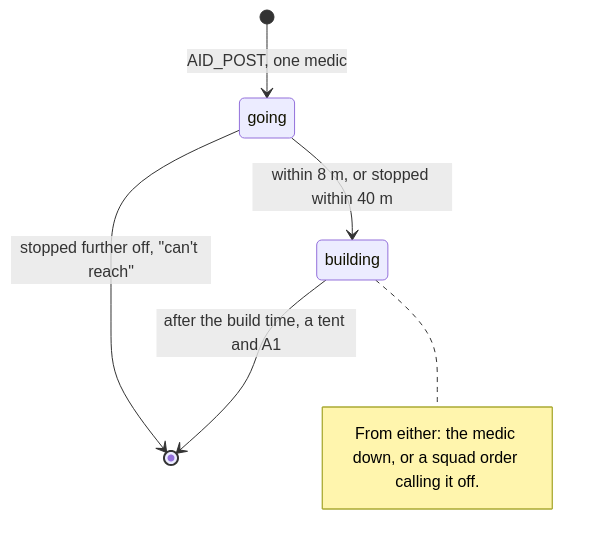
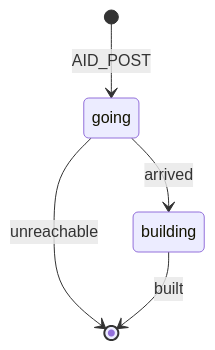
One commit to Neefay/arma3-llm-harness changed the sixth of 23 diagrams in docs/COMMANDER_MODEL.md. Above: the diagram before and after it, drawn with Mermaid. The commit also changed other lines of this file and 1 other file, not shown here.

````diff
--- a/docs/COMMANDER_MODEL.md
+++ b/docs/COMMANDER_MODEL.md
@@ -702,12 +336,9 @@
 ```mermaid
 stateDiagram-v2
   state "going" as going
   state "building" as building
-  [*] --> going: AID_POST, one medic
-  going --> building: within 8 m, or stopped within 40 m
-  going --> [*]: stopped further off, "can't reach"
-  building --> [*]: after the build time, a tent and A1
-  note right of building
-    From either: the medic down, or a squad order calling it off.
-  end note
+  [*] --> going: AID_POST
+  going --> building: arrived
+  going --> [*]: unreachable
+  building --> [*]: built
 ```
````
